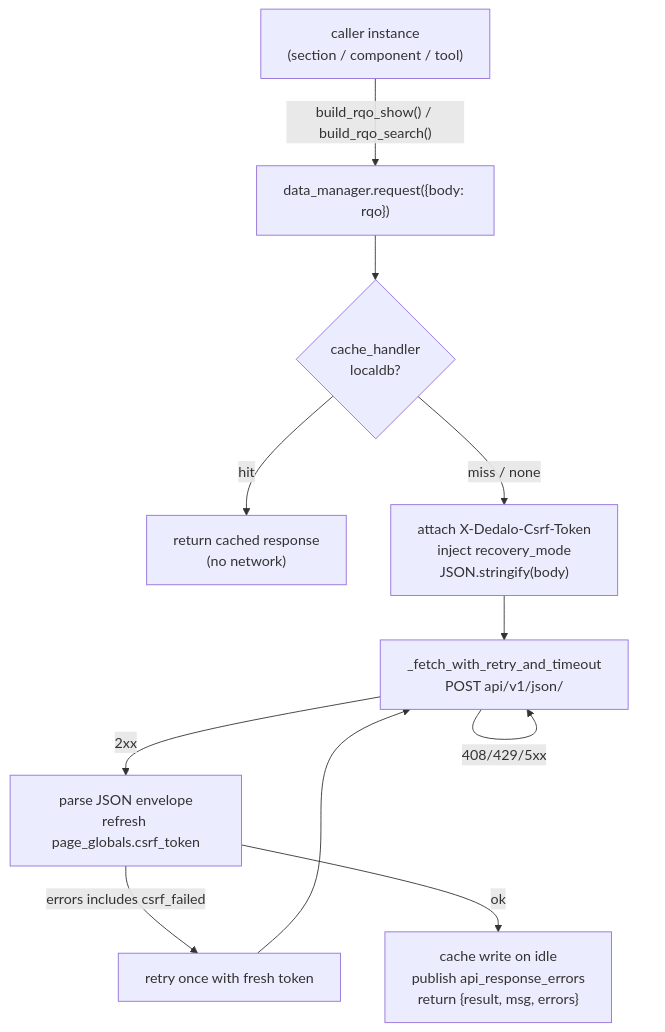
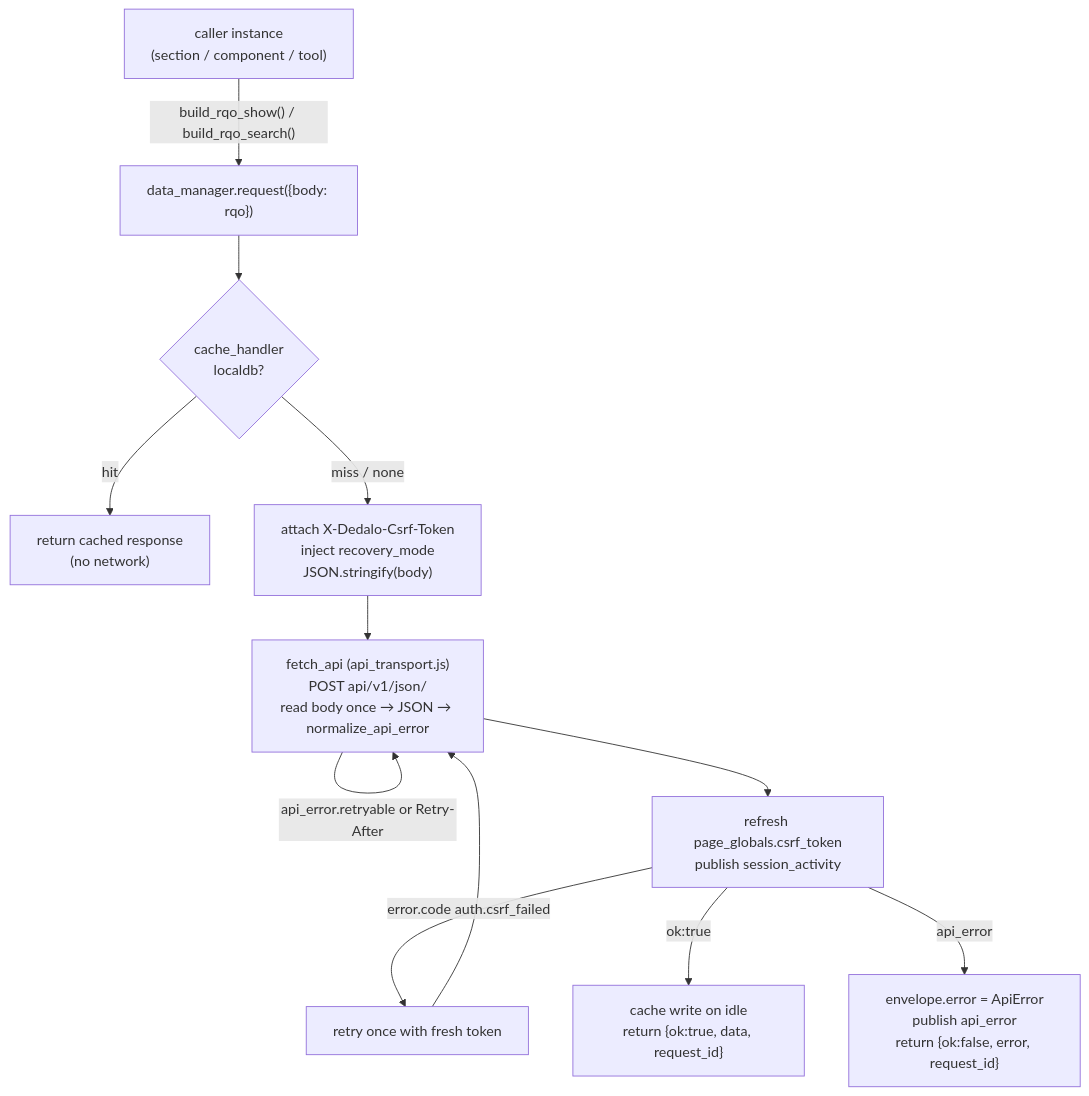
Before and after one commit to renderpci/dedalo: the diagram in docs/core/client/data_manager.md, drawn with Mermaid. The commit also changed other lines of this file and 96 other files, not shown here.

First line of the commit message:
feat(client): P1 client error contract — ApiError model, api_transport, error policy/dispatch, one renderer, consumers swept

````diff
--- a/docs/core/client/data_manager.md
+++ b/docs/core/client/data_manager.md
@@ -50,13 +51,14 @@
 ```mermaid
 flowchart TD
     A["caller instance<br/>(section / component / tool)"] -- "build_rqo_show() / build_rqo_search()" --> B["data_manager.request({body: rqo})"]
     B --> C{cache_handler<br/>localdb?}
     C -->|hit| H["return cached response<br/>(no network)"]
     C -->|miss / none| D["attach X-Dedalo-Csrf-Token<br/>inject recovery_mode<br/>JSON.stringify(body)"]
-    D --> E["_fetch_with_retry_and_timeout<br/>POST api/v1/json/"]
-    E -->|2xx| F["parse JSON envelope<br/>refresh page_globals.csrf_token"]
-    E -->|"408/429/5xx"| E
-    F -->|"errors includes csrf_failed"| R["retry once with fresh token"]
+    D --> E["fetch_api (api_transport.js)<br/>POST api/v1/json/<br/>read body once → JSON → normalize_api_error"]
+    E -->|"api_error.retryable or Retry-After"| E
+    E --> F["refresh page_globals.csrf_token<br/>publish session_activity"]
+    F -->|"error.code auth.csrf_failed"| R["retry once with fresh token"]
     R --> E
-    F -->|ok| G["cache write on idle<br/>publish api_response_errors<br/>return {result, msg, errors}"]
+    F -->|"ok:true"| G["cache write on idle<br/>return {ok:true, data, request_id}"]
+    F -->|"api_error"| X["envelope.error = ApiError<br/>publish api_error<br/>return {ok:false, error, request_id}"]
 ```
````
